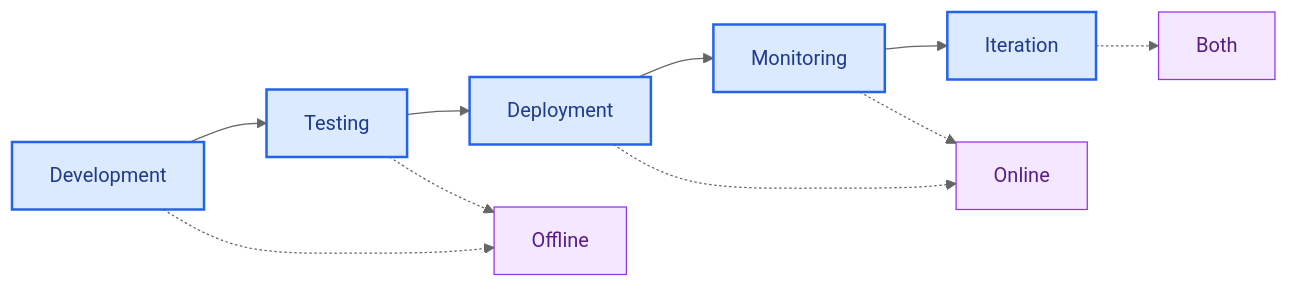
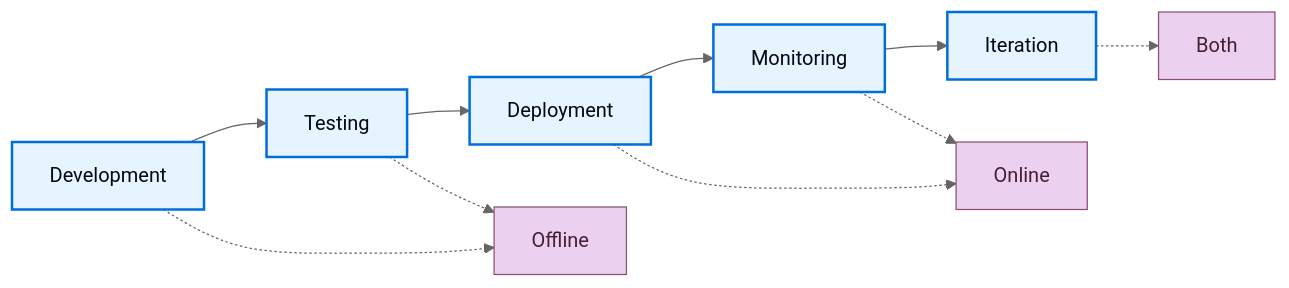
One commit to kunfan96/cndocs-langchain changed the diagram in langsmith/evaluation-concepts.mdx. Above: the diagram before and after it, drawn with Mermaid (neutral theme). The commit also changed 2538 other files, not shown here.

````diff
--- a/langsmith/evaluation-concepts.mdx
+++ b/langsmith/evaluation-concepts.mdx
@@ -48,21 +48,21 @@
 ```mermaid
 graph LR
     A[Development] --> B[Testing]
     B --> C[Deployment]
     C --> D[Monitoring]
     D --> E[Iteration]
 
     A -.-> F[Offline]
     B -.-> F
     C -.-> G[Online]
     D -.-> G
     E -.-> H[Both]
 
-    classDef process fill:#DBEAFE,stroke:#2563EB,stroke-width:2px,color:#1E3A8A
+    classDef process fill:#E5F4FF,stroke:#006DDD,stroke-width:2px,color:#030710
 
     class A,B,C,D,E process
 
-    style F fill:#F3E8FF,stroke:#9333EA,color:#581C87
-    style G fill:#F3E8FF,stroke:#9333EA,color:#581C87
-    style H fill:#F3E8FF,stroke:#9333EA,color:#581C87
+    style F fill:#EBD0F0,stroke:#885270,color:#441E33
+    style G fill:#EBD0F0,stroke:#885270,color:#441E33
+    style H fill:#EBD0F0,stroke:#885270,color:#441E33
 ```
````
